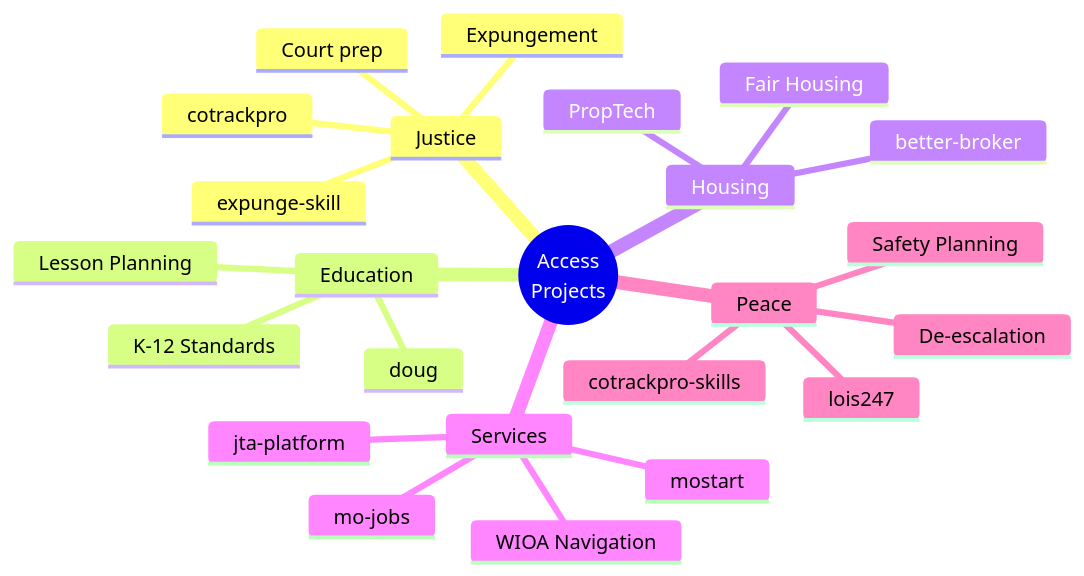
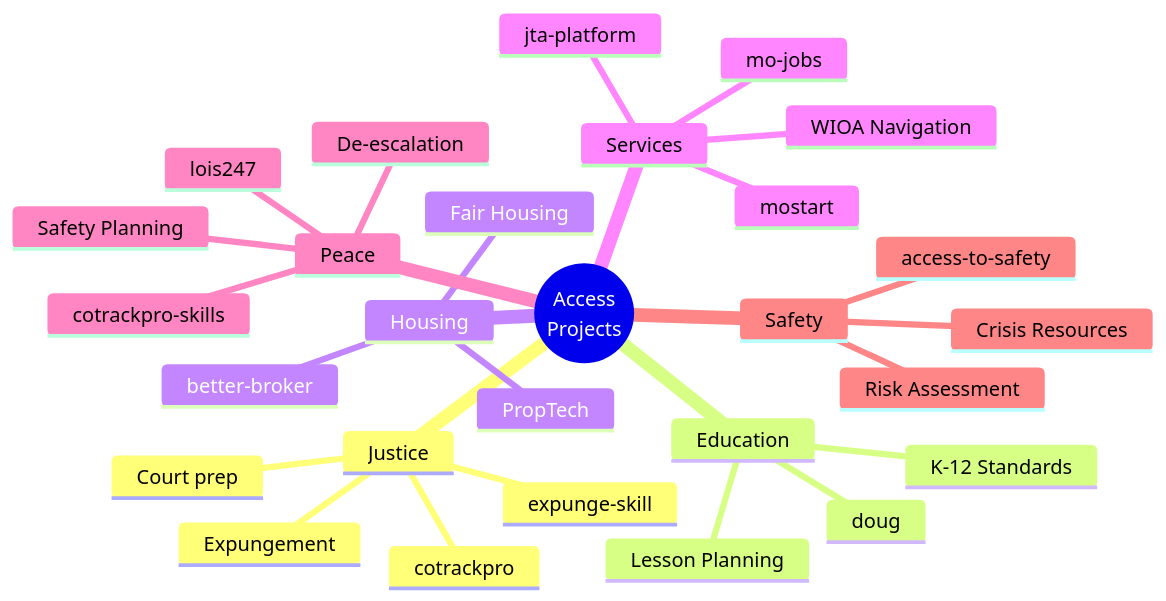
Before and after one commit to dougdevitre/access-to: the second of 4 diagrams in README.md, drawn with Mermaid. The commit also changed other lines of this file and 12 other files, not shown here.

First line of the commit message:
Add Access to Safety pillar, rebrand to Access To, fix URLs

````diff
--- a/README.md
+++ b/README.md
@@ -93,27 +99,31 @@
 ```mermaid
 mindmap
   root((Access<br/>Projects))
     Justice
       cotrackpro
       expunge-skill
       Court prep
       Expungement
     Education
       doug
       K-12 Standards
       Lesson Planning
     Housing
       better-broker
       PropTech
       Fair Housing
     Services
       mo-jobs
       mostart
       jta-platform
       WIOA Navigation
     Peace
       cotrackpro-skills
       lois247
       De-escalation
       Safety Planning
+    Safety
+      access-to-safety
+      Risk Assessment
+      Crisis Resources
 ```
````
